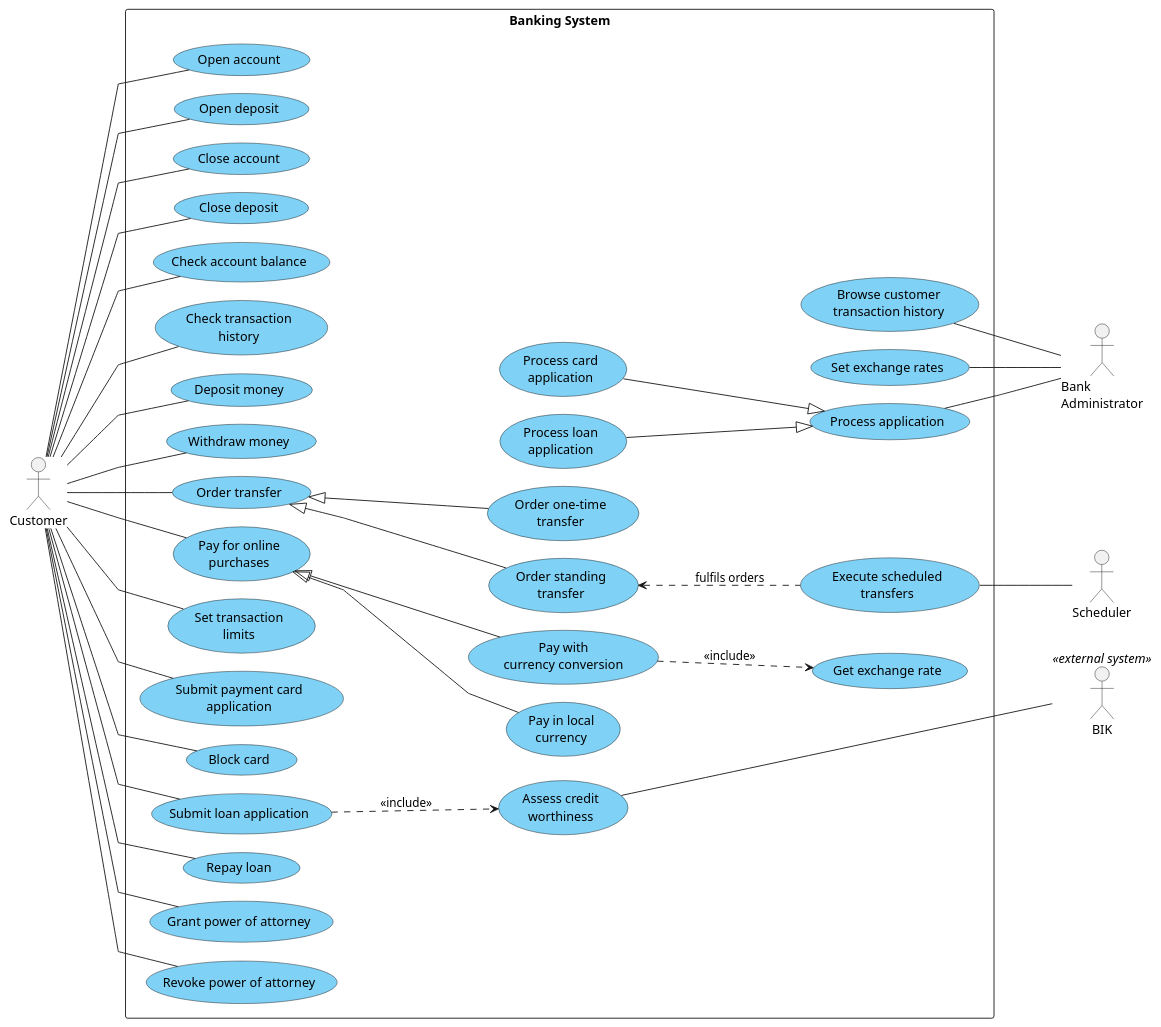
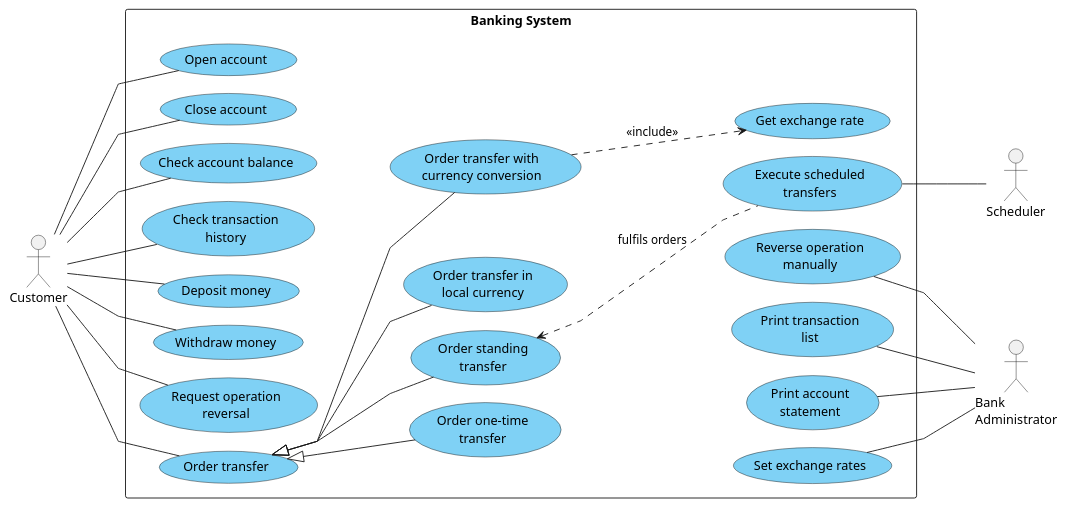
One commit to K0D1Z/software-engineering-project changed the diagram in docs/uml/use_case.puml. Above: the diagram before and after it, drawn with PlantUML. The commit also changed 1 other file, not shown here.

Commit message:
Simplify use_case diagrams

```diff
--- a/docs/uml/use_case.puml
+++ b/docs/uml/use_case.puml
@@ -1,95 +1,66 @@
 @startuml
 left to right direction
 skinparam linetype polyline
 skinparam nodesep 20
 skinparam ranksep 80
 skinparam usecase {
   BackgroundColor #7FD1F5
 }
 
 actor Customer
 actor "Bank\nAdministrator" as Admin
 actor Scheduler
-actor "BIK" as BIK <<external system>>
 
 rectangle "Banking System" {
   usecase "Open account" as UC_OpenAccount
-  usecase "Open deposit" as UC_OpenDeposit
   usecase "Close account" as UC_CloseAccount
-  usecase "Close deposit" as UC_CloseDeposit
   usecase "Check account balance" as UC_AccountBalance
   usecase "Check transaction\nhistory" as UC_History
   usecase "Deposit money" as UC_Deposit
   usecase "Withdraw money" as UC_Withdraw
+  usecase "Request operation\nreversal" as UC_RequestReversal
 
   usecase "Order transfer" as UC_Transfer
   usecase "Order one-time\ntransfer" as UC_OneTimeTransfer
   usecase "Order standing\ntransfer" as UC_StandingTransfer
+  usecase "Order transfer in\nlocal currency" as UC_LocalCurrencyTransfer
+  usecase "Order transfer with\ncurrency conversion" as UC_ConversionTransfer
   usecase "Execute scheduled\ntransfers" as UC_ScheduledTransfers
-  usecase "Pay for online\npurchases" as UC_OnlinePayment
-  usecase "Pay in local\ncurrency" as UC_LocalCurrencyPayment
-  usecase "Pay with\ncurrency conversion" as UC_ConversionPayment
   usecase "Get exchange rate" as UC_GetExchangeRate
-  usecase "Set transaction\nlimits" as UC_Limits
 
-  usecase "Submit payment card\napplication" as UC_CardApplication
-  usecase "Block card" as UC_BlockCard
-  usecase "Submit loan application" as UC_LoanApplication
-  usecase "Assess credit\nworthiness" as UC_CreditWorthiness
-  usecase "Repay loan" as UC_RepayLoan
-  usecase "Grant power of attorney" as UC_GrantPoA
-  usecase "Revoke power of attorney" as UC_RevokePoA
-
-  usecase "Process application" as UC_ProcessApplication
-  usecase "Process card\napplication" as UC_ProcessCardApplication
-  usecase "Process loan\napplication" as UC_ProcessLoanApplication
+  usecase "Reverse operation\nmanually" as UC_ReverseOperation
+  usecase "Print transaction\nlist" as UC_PrintHistory
+  usecase "Print account\nstatement" as UC_PrintStatement
   usecase "Set exchange rates" as UC_SetRates
-  usecase "Browse customer\ntransaction history" as UC_CustomerHistory
 }
 
 Customer -- UC_OpenAccount
-Customer -- UC_OpenDeposit
 Customer -- UC_CloseAccount
-Customer -- UC_CloseDeposit
 Customer -- UC_AccountBalance
 Customer -- UC_History
 Customer -- UC_Deposit
 Customer -- UC_Withdraw
+Customer -- UC_RequestReversal
 Customer -- UC_Transfer
-Customer -- UC_OnlinePayment
-Customer -- UC_Limits
-Customer -- UC_CardApplication
-Customer -- UC_BlockCard
-Customer -- UC_LoanApplication
-Customer -- UC_RepayLoan
-Customer -- UC_GrantPoA
-Customer -- UC_RevokePoA
 
 UC_Transfer <|-- UC_OneTimeTransfer
 UC_Transfer <|-- UC_StandingTransfer
-UC_OnlinePayment <|-- UC_LocalCurrencyPayment
-UC_OnlinePayment <|-- UC_ConversionPayment
-
-UC_LoanApplication ..> UC_CreditWorthiness : <<include>>
-UC_ConversionPayment ..> UC_GetExchangeRate : <<include>>
-
-UC_ProcessCardApplication --|> UC_ProcessApplication
-UC_ProcessLoanApplication --|> UC_ProcessApplication
+UC_Transfer <|-- UC_LocalCurrencyTransfer
+UC_Transfer <|-- UC_ConversionTransfer
 
 UC_StandingTransfer <.. UC_ScheduledTransfers : fulfils orders
+UC_ConversionTransfer ..> UC_GetExchangeRate : <<include>>
 
 UC_ScheduledTransfers -- Scheduler
-UC_CreditWorthiness -- BIK
-UC_ProcessApplication -- Admin
+
+UC_ReverseOperation -- Admin
+UC_PrintHistory -- Admin
+UC_PrintStatement -- Admin
 UC_SetRates -- Admin
-UC_CustomerHistory -- Admin
 
-UC_Withdraw -[hidden]- UC_ProcessCardApplication
-UC_Withdraw -[hidden]- UC_ProcessLoanApplication
-UC_Withdraw -[hidden]- UC_SetRates
-UC_Withdraw -[hidden]- UC_CustomerHistory
-UC_ProcessCardApplication -[hidden]- UC_SetRates
-UC_ProcessCardApplication -[hidden]- UC_CustomerHistory
-UC_GetExchangeRate -[hidden]- BIK
+UC_OneTimeTransfer -[hidden]- UC_ReverseOperation
+UC_OneTimeTransfer -[hidden]- UC_PrintHistory
+UC_OneTimeTransfer -[hidden]- UC_PrintStatement
+UC_OneTimeTransfer -[hidden]- UC_SetRates
 
 @enduml
```
